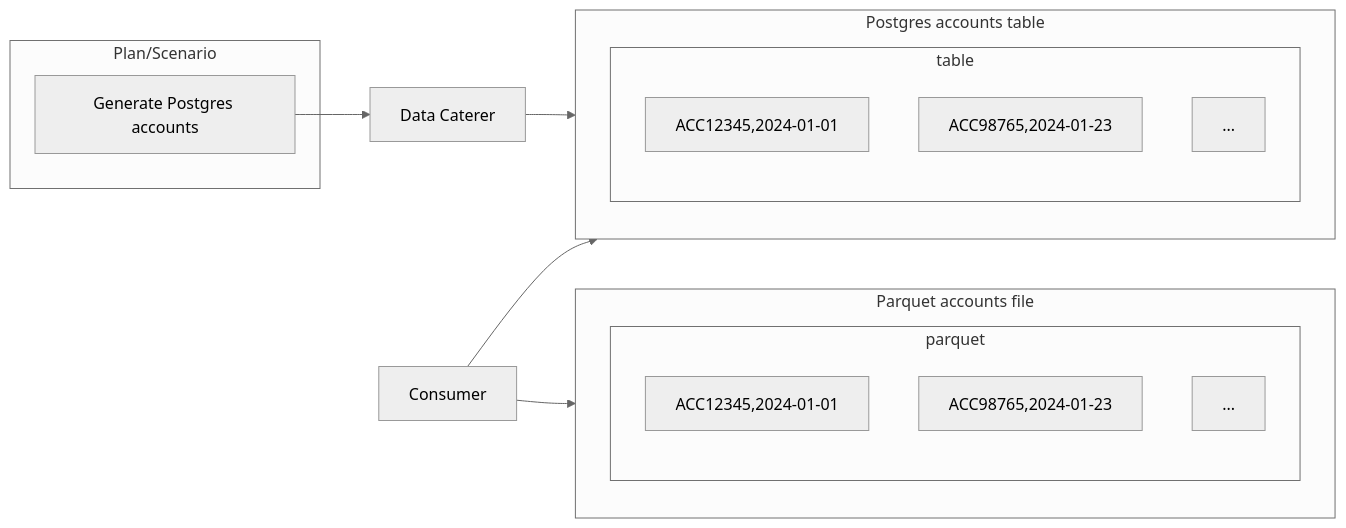
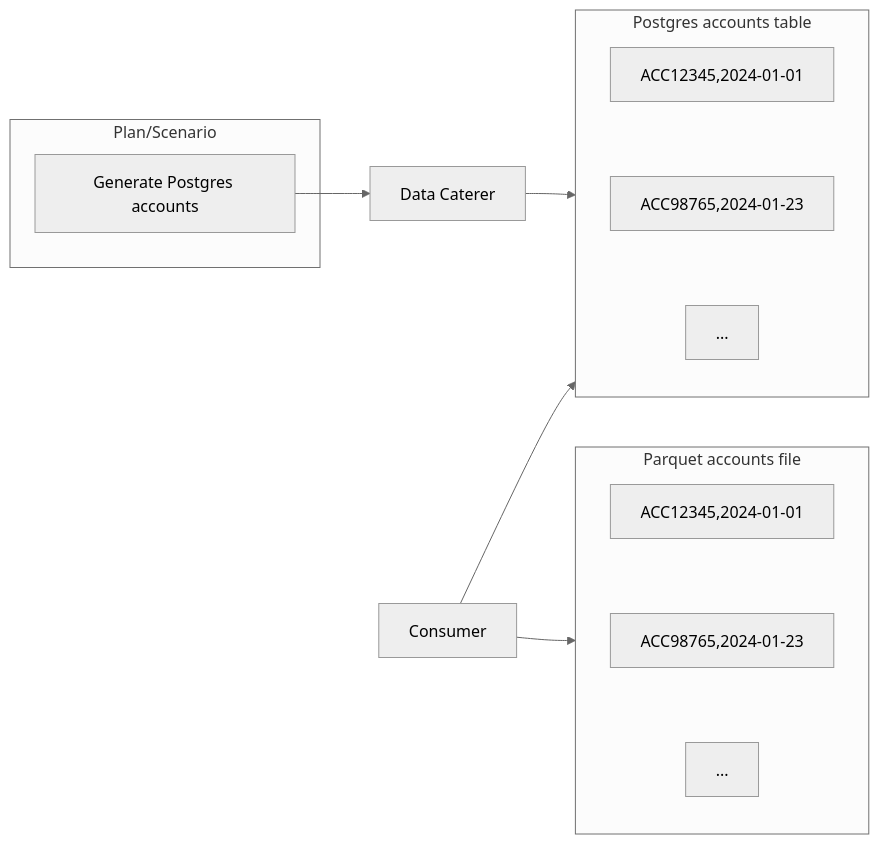
The second of 2 diagrams in docs/setup/delete-data.md (data-catering/data-caterer-docs), drawn with Mermaid (neutral theme) before and after one commit. The commit also changed other lines of this file and 3 other files, not shown here.

Commit message:
Fix mermaid diagrams for delete data

````diff
--- a/docs/setup/delete-data.md
+++ b/docs/setup/delete-data.md
@@ -63,33 +68,29 @@
 ``` mermaid
 graph LR
   subgraph plan ["Plan/Scenario"]
     postgresAccount["Generate Postgres accounts"]
   end
   
   dataCaterer["Data Caterer"]
   
   subgraph postgresAccTable ["Postgres accounts table"]
-    subgraph table
-      direction TB
-      accountA["ACC12345,2024-01-01"]
-      accountB["ACC98765,2024-01-23"]
-      accountC["..."]
-    end
+    direction TB
+    accountA["ACC12345,2024-01-01"] ~~~
+    accountB["ACC98765,2024-01-23"] ~~~
+    accountC["..."]
   end
   
   consumerJob["Consumer"]
   
   subgraph parquetAcc ["Parquet accounts file"]
-    subgraph parquet
-      direction TB
-      accountParquetA["ACC12345,2024-01-01"]
-      accountParquetB["ACC98765,2024-01-23"]
-      accountParquetC["..."]
-    end
+    direction TB
+    accountParquetA["ACC12345,2024-01-01"] ~~~
+    accountParquetB["ACC98765,2024-01-23"] ~~~
+    accountParquetC["..."]
   end
   
   postgresAccount --> dataCaterer
   dataCaterer --> postgresAccTable
   consumerJob --> postgresAccTable
   consumerJob --> parquetAcc
 ```
````
